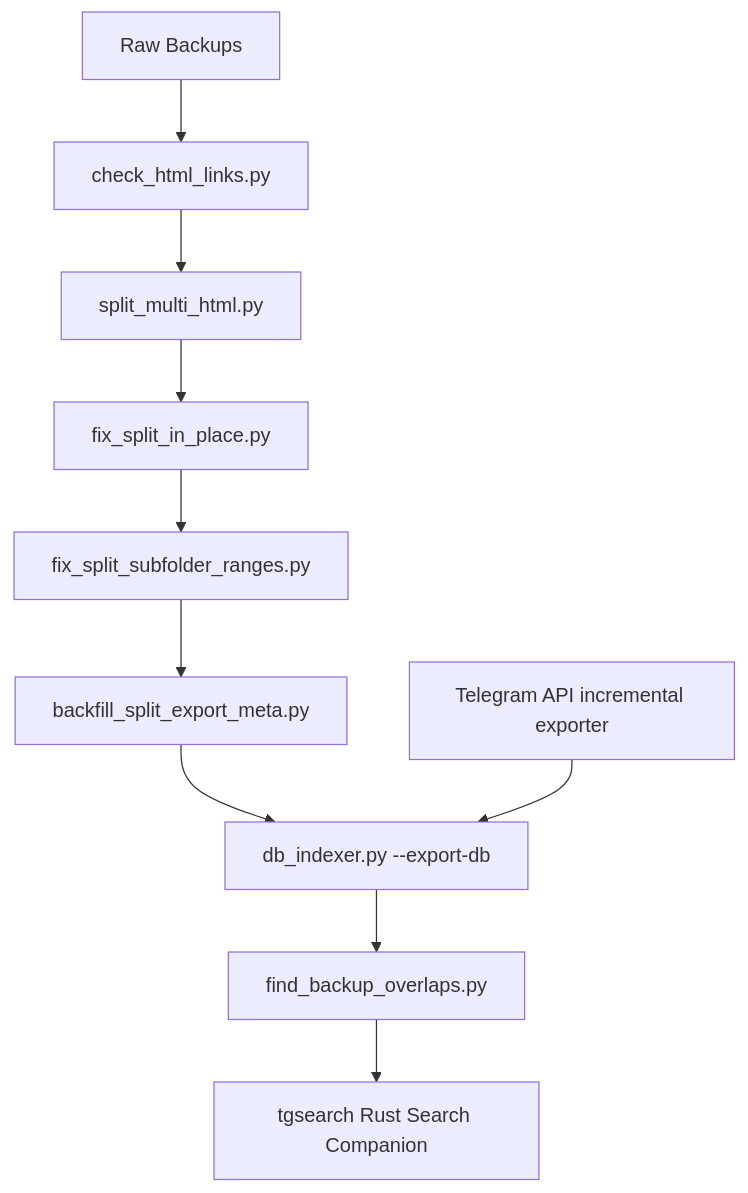
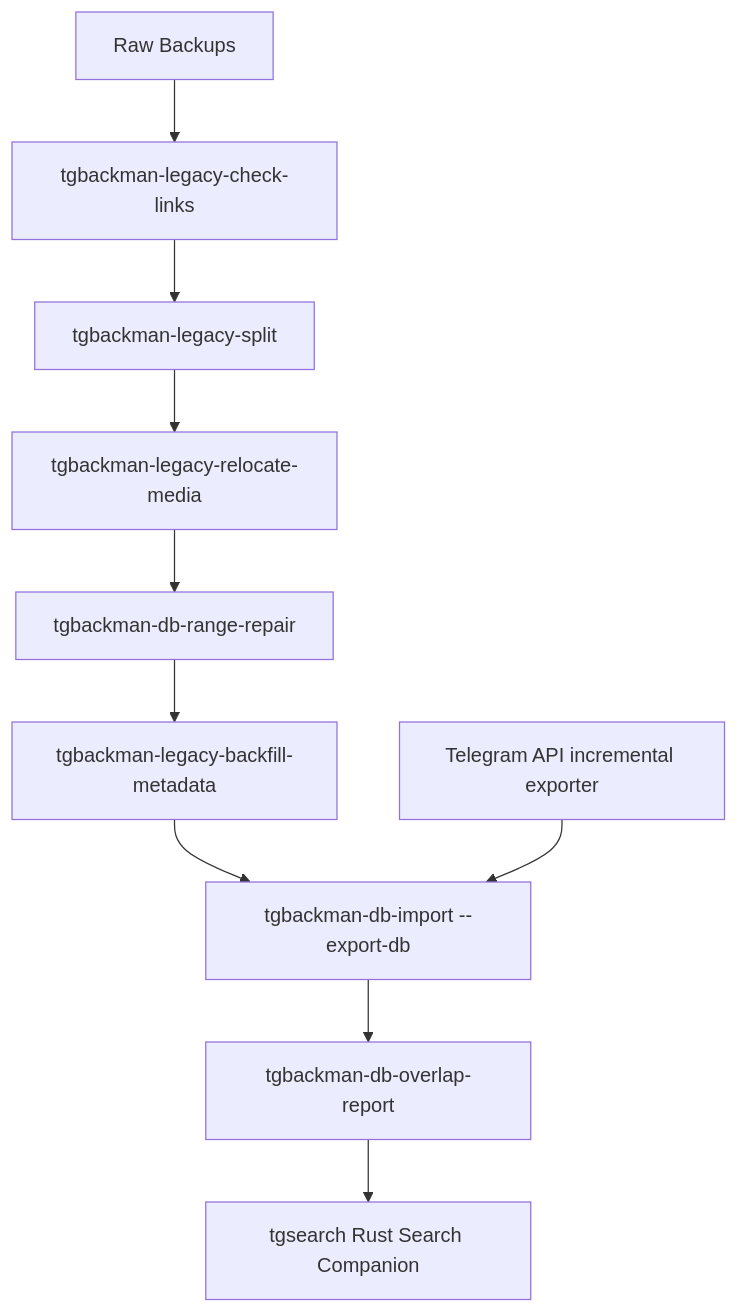
The diagram in README.md (Terrydaktal/tgbackman), drawn with Mermaid before and after one commit. The commit also changed other lines of this file and 54 other files, not shown here.

````diff
--- a/README.md
+++ b/README.md
@@ -356,12 +403,12 @@
 ```mermaid
 graph TD
-    A[Raw Backups] --> B[check_html_links.py]
-    B --> C[split_multi_html.py]
-    C --> D[fix_split_in_place.py]
-    D --> E[fix_split_subfolder_ranges.py]
-    E --> F[backfill_split_export_meta.py]
-    F --> H[db_indexer.py --export-db]
-    H --> I[find_backup_overlaps.py]
+    A[Raw Backups] --> B[tgbackman-legacy-check-links]
+    B --> C[tgbackman-legacy-split]
+    C --> D[tgbackman-legacy-relocate-media]
+    D --> E[tgbackman-db-range-repair]
+    E --> F[tgbackman-legacy-backfill-metadata]
+    F --> H[tgbackman-db-import --export-db]
+    H --> I[tgbackman-db-overlap-report]
     I --> J[tgsearch Rust Search Companion]
     K[Telegram API incremental exporter] --> H
 ```
````
